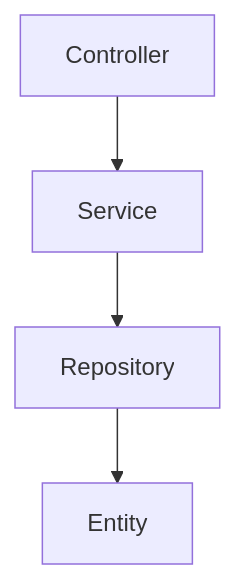
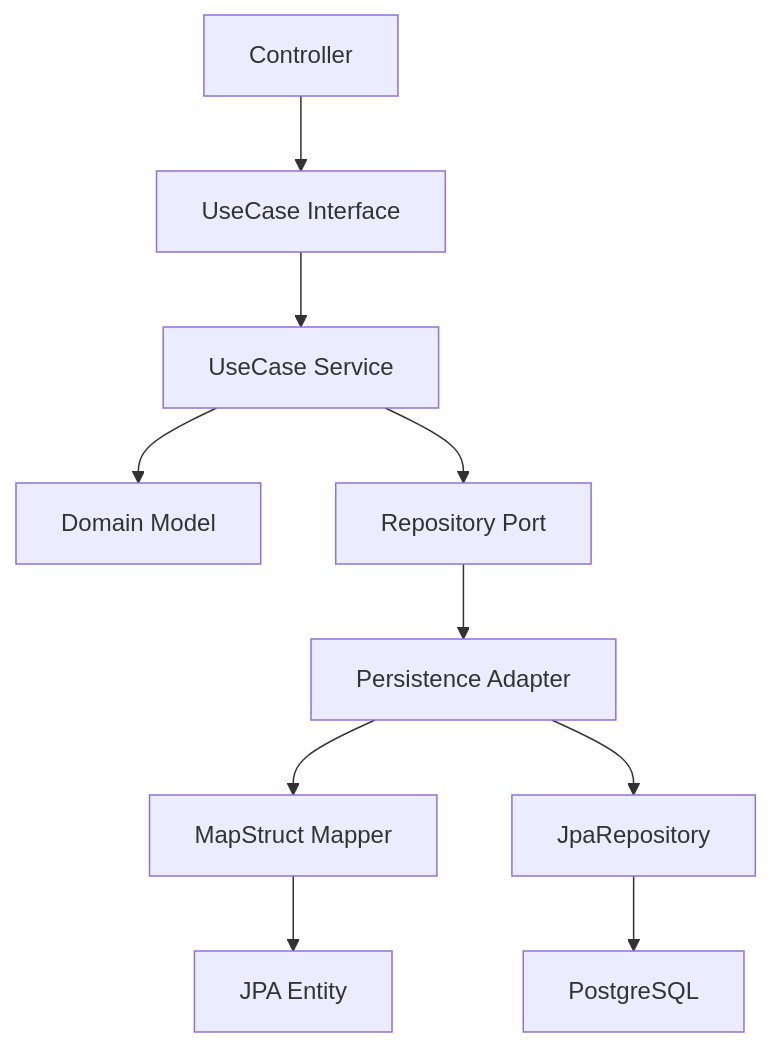
Before and after one commit to hanyeong0815/daipetto: the second of 5 diagrams in docs/10_Development_Environment 366d097bd4f78035ba4aef5e47b56378.md, drawn with Mermaid. The commit also changed other lines of this file and 51 other files, not shown here.

````diff
--- a/docs/10_Development_Environment 366d097bd4f78035ba4aef5e47b56378.md
+++ b/docs/10_Development_Environment 366d097bd4f78035ba4aef5e47b56378.md
@@ -262,13 +252,19 @@
 ```mermaid
 flowchart TB
 
-	A["Controller"]
+	C["Controller"]
+	UI["UseCase Interface"]
+	US["UseCase Service"]
+	D["Domain Model"]
+	P["Repository Port"]
+	A["Persistence Adapter"]
+	M["MapStruct Mapper"]
+	E["JPA Entity"]
+	J["JpaRepository"]
+	DB["PostgreSQL"]
 
-	B["Service"]
-
-	C["Repository"]
-
-	D["Entity"]
-
-	A --> B --> C --> D
+	C --> UI --> US --> D
+	US --> P --> A
+	A --> M --> E
+	A --> J --> DB
 ```
````
